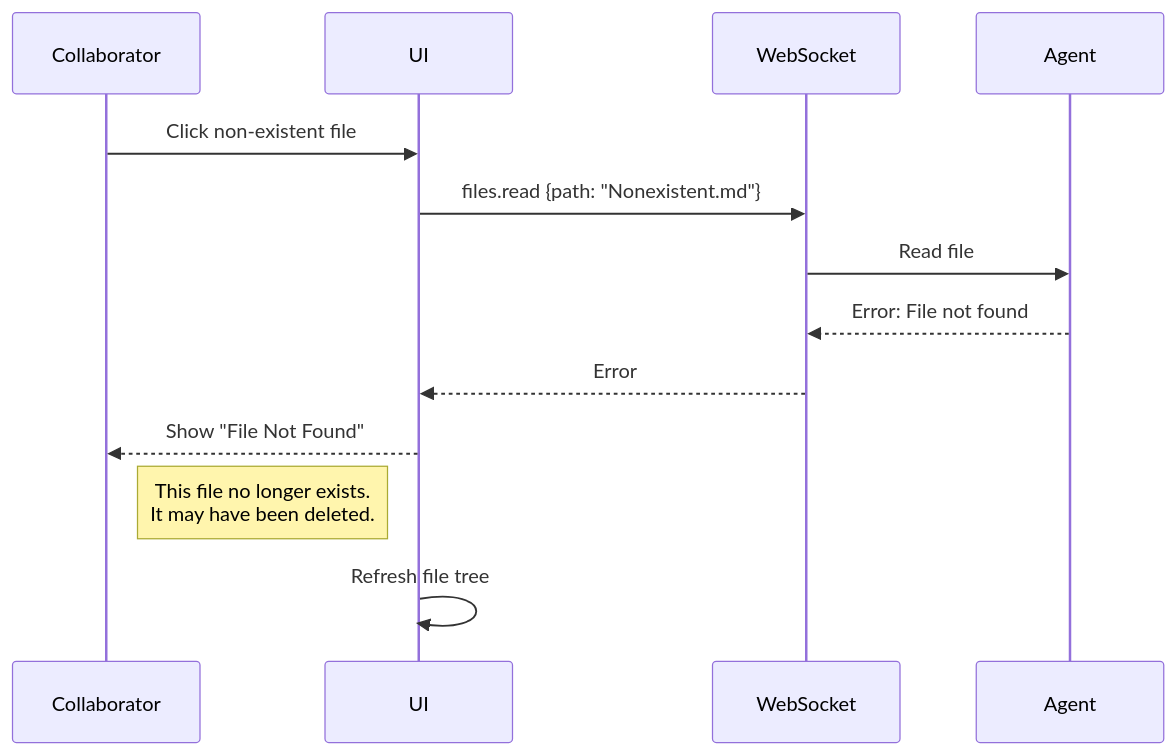
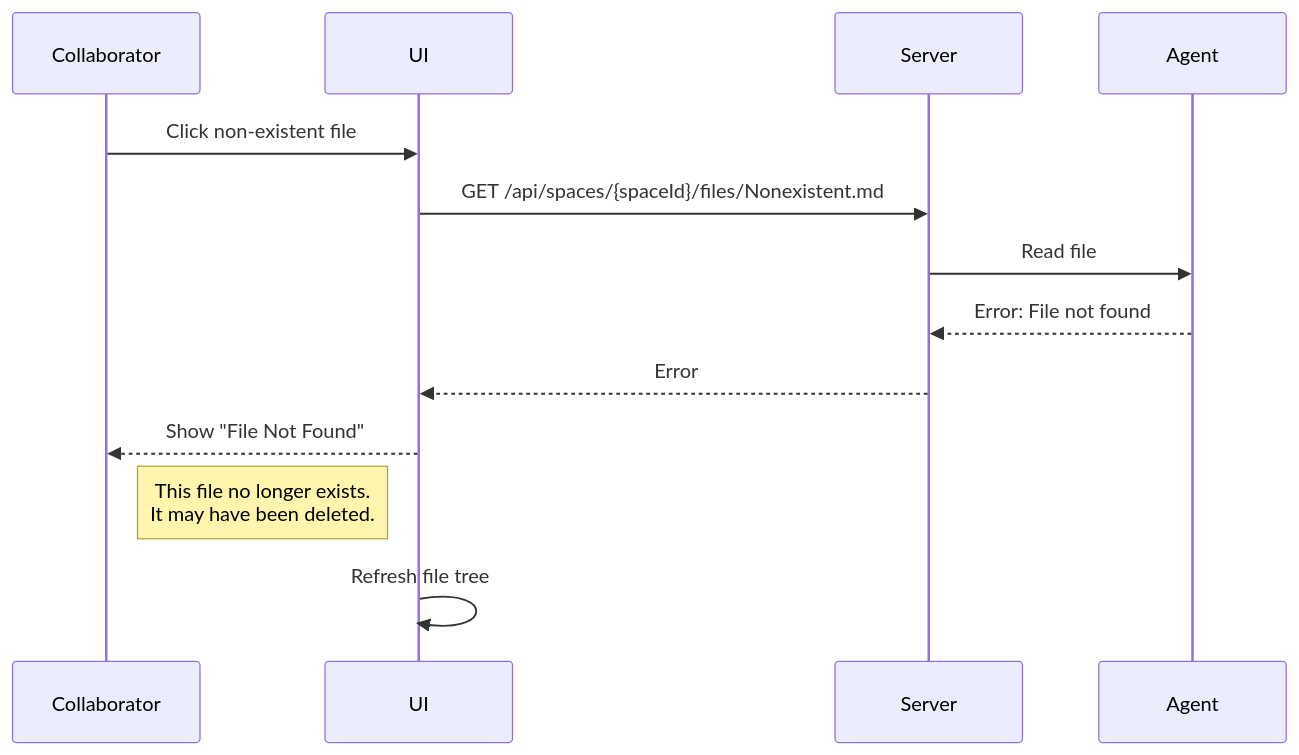
One commit to jchadwick/ai-spaces changed the third of 7 diagrams in docs/flows/04-browse-files.md. Above: the diagram before and after it, drawn with Mermaid. The commit also changed other lines of this file and 33 other files, not shown here.

````diff
--- a/docs/flows/04-browse-files.md
+++ b/docs/flows/04-browse-files.md
@@ -67,16 +70,16 @@
 ```mermaid
 sequenceDiagram
     participant Collaborator
     participant UI
-    participant WebSocket
+    participant Server
     participant Agent
     
     Collaborator->>UI: Click non-existent file
-    UI->>WebSocket: files.read {path: "Nonexistent.md"}
-    WebSocket->>Agent: Read file
-    Agent-->>WebSocket: Error: File not found
-    WebSocket-->>UI: Error
+    UI->>Server: GET /api/spaces/{spaceId}/files/Nonexistent.md
+    Server->>Agent: Read file
+    Agent-->>Server: Error: File not found
+    Server-->>UI: Error
     UI-->>Collaborator: Show "File Not Found"
     Note right of Collaborator: This file no longer exists.<br/>It may have been deleted.
     UI->>UI: Refresh file tree
 ```
````
